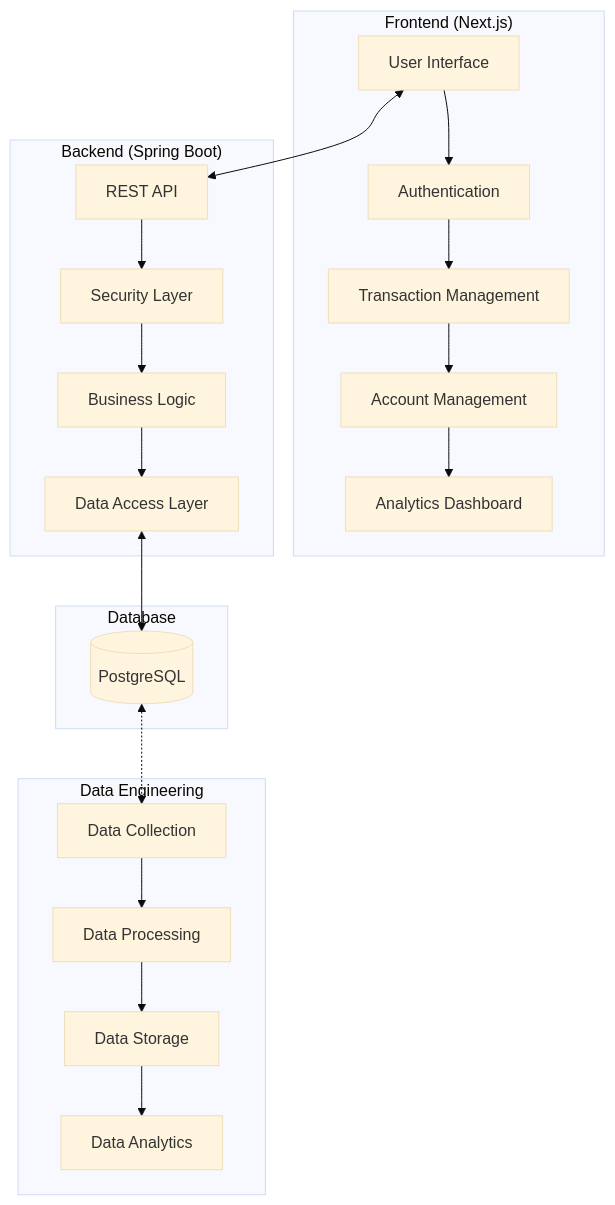
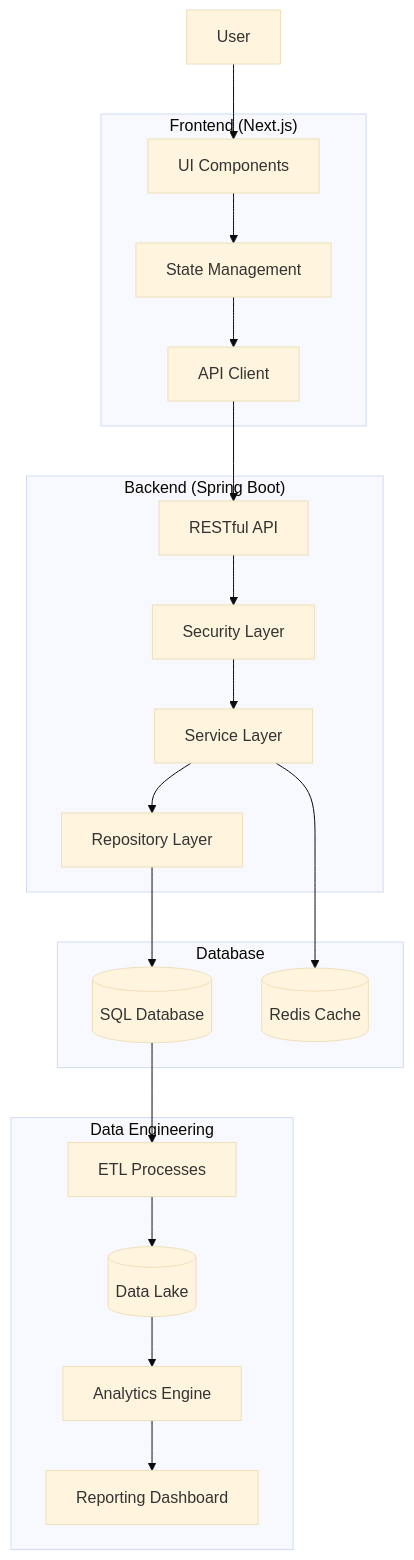
The diagram in ewallet-architecture.mermaid (josephkhoo99/e-wallet-simple), drawn with Mermaid (base theme) before and after one commit.

Commit message:
change architecture

```diff
--- a/ewallet-architecture.mermaid
+++ b/ewallet-architecture.mermaid
@@ -1,27 +1,41 @@
-flowchart TD
+flowchart TB
+    User[User]
+
     subgraph "Frontend (Next.js)"
-        A[User Interface] --> B[Authentication]
-        B --> C[Transaction Management]
-        C --> D[Account Management]
-        D --> E[Analytics Dashboard]
+        UI[UI Components]
+        State[State Management]
+        API_Client[API Client]
     end
-    
+
     subgraph "Backend (Spring Boot)"
-        F[REST API] --> G[Security Layer]
-        G --> H[Business Logic]
-        H --> I[Data Access Layer]
+        API[RESTful API]
+        Service[Service Layer]
+        Repository[Repository Layer]
+        Security[Security Layer]
     end
-    
+
     subgraph "Database"
-        J[(PostgreSQL)]
+        SQL[(SQL Database)]
+        Redis[(Redis Cache)]
     end
-    
+
     subgraph "Data Engineering"
-        K[Data Collection] --> L[Data Processing]
-        L --> M[Data Storage]
-        M --> N[Data Analytics]
+        ETL[ETL Processes]
+        Analytics[Analytics Engine]
+        Reporting[Reporting Dashboard]
+        DataLake[(Data Lake)]
     end
-    
-    A <--> F
-    I <--> J
-    J <-.-> K
+
+    User --> UI
+    UI --> State
+    State --> API_Client
+    API_Client --> API
+    API --> Security
+    Security --> Service
+    Service --> Repository
+    Repository --> SQL
+    Service --> Redis
+    SQL --> ETL
+    ETL --> DataLake
+    DataLake --> Analytics
+    Analytics --> Reporting
```
